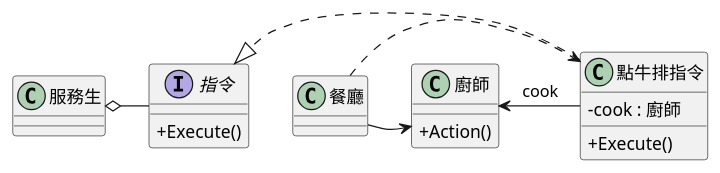
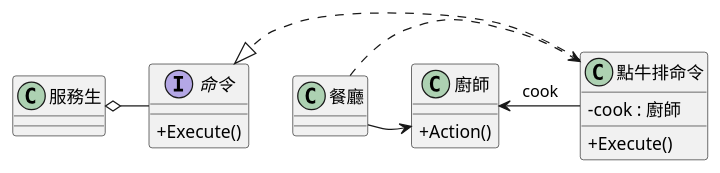
One commit to JS-Zheng/blog changed the diagram in 4. Command-Pattern-Example/src/class_diagram/restaurant.puml. Above: the diagram before and after it, drawn with PlantUML. The commit also changed 11 other files, not shown here.

```diff
--- a/4. Command-Pattern-Example/src/class_diagram/restaurant.puml
+++ b/4. Command-Pattern-Example/src/class_diagram/restaurant.puml
@@ -1,42 +1,42 @@
 @startuml
 
 skinparam classAttributeIconSize 0
 
 
 together {
 
 class 餐廳
 
 class 服務生
 
-interface 指令{
+interface 命令{
 + Execute()
 }
 
 
 }
 
 together {
 
 class 廚師{
 + Action()
 }
 
-class 點牛排指令{
+class 點牛排命令{
 - cook : 廚師
 
 + Execute()
 }
 
 
 }
 
-餐廳 ..> 點牛排指令
+餐廳 ..> 點牛排命令
 餐廳 -> 廚師
 
-服務生 o- 指令
+服務生 o- 命令
 
-點牛排指令 .|>  指令
-廚師 <- 點牛排指令 : "cook"
+點牛排命令 .|>  命令
+廚師 <- 點牛排命令 : "cook"
 
 @enduml
```
